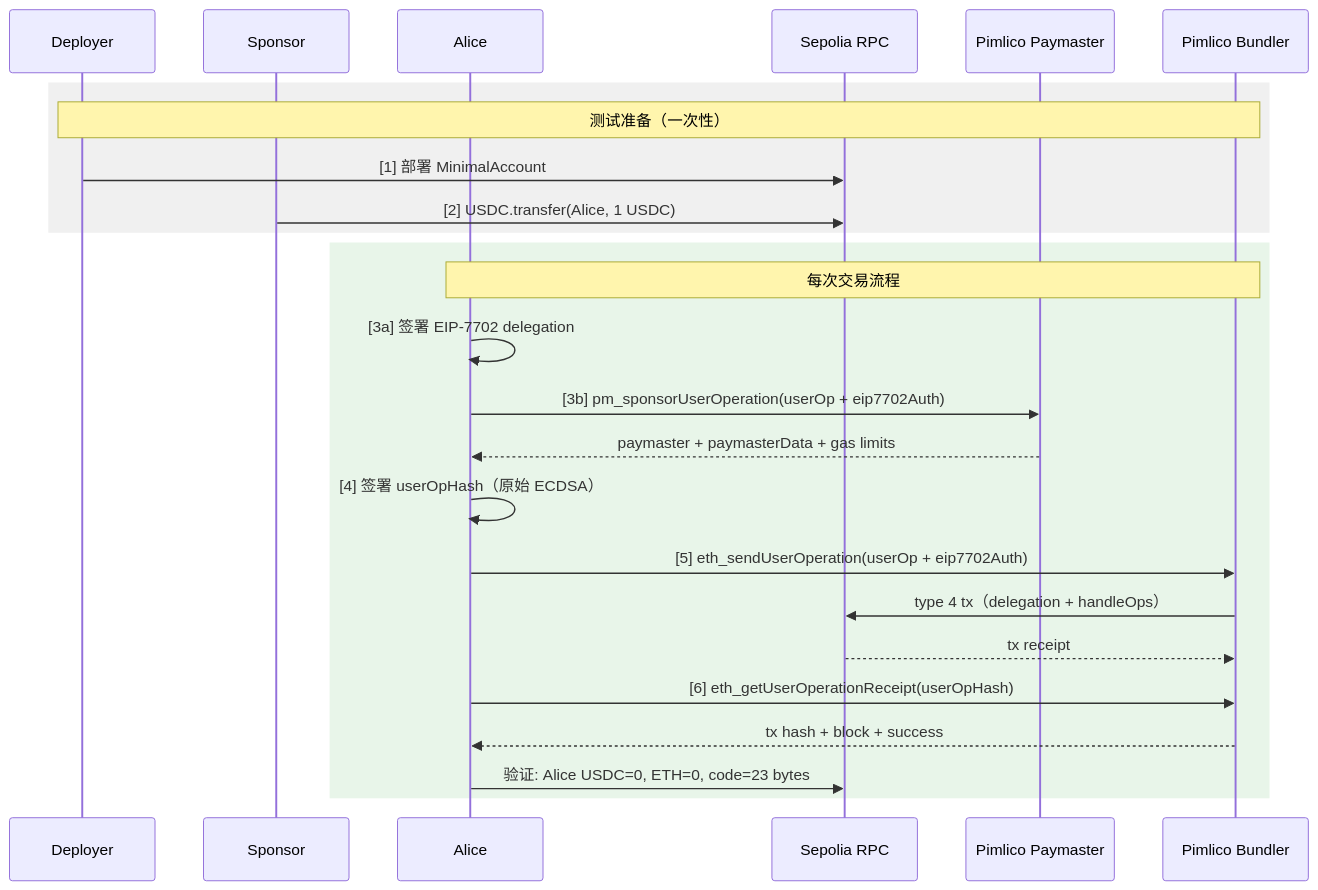
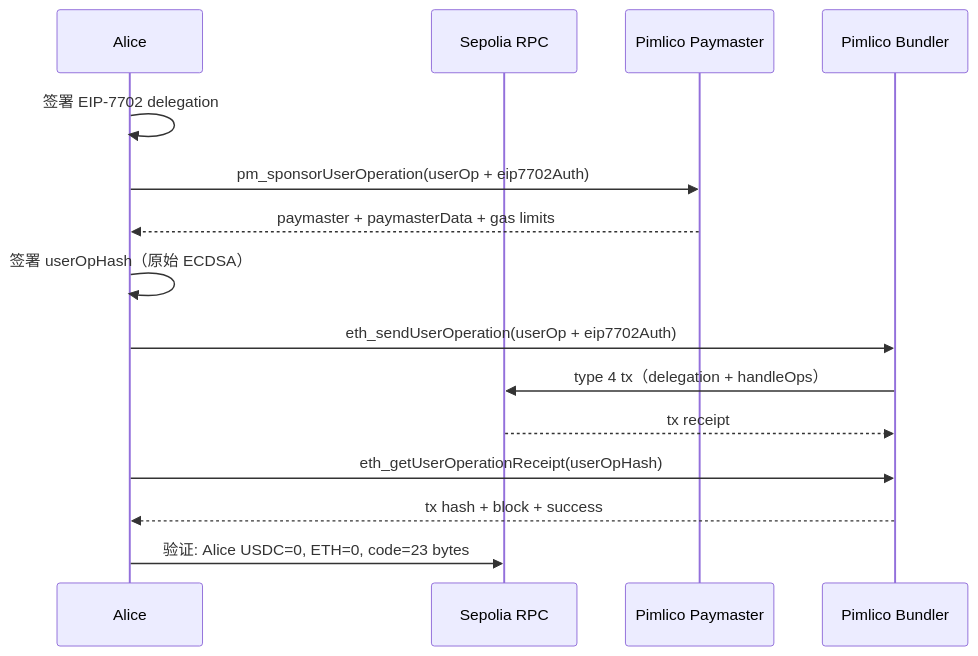
Before and after one commit to CoboTest/eip7702-minimal-account: the diagram in script/python/README_zh.md, drawn with Mermaid. The commit also changed 1 other file, not shown here.

Commit message:
docs: simplify sequence diagram — remove setup steps, focus on per-tx flow

````diff
--- a/script/python/README_zh.md
+++ b/script/python/README_zh.md
@@ -134,32 +134,21 @@
 ```mermaid
 sequenceDiagram
-    participant D as Deployer
-    participant S as Sponsor
     participant A as Alice
     participant RPC as Sepolia RPC
     participant PM as Pimlico Paymaster
     participant B as Pimlico Bundler
 
-    rect rgb(240, 240, 240)
-    Note over D,B: 测试准备（一次性）
-    D->>RPC: [1] 部署 MinimalAccount
-    S->>RPC: [2] USDC.transfer(Alice, 1 USDC)
-    end
-
-    rect rgb(232, 245, 233)
-    Note over A,B: 每次交易流程
-    A->>A: [3a] 签署 EIP-7702 delegation
-    A->>PM: [3b] pm_sponsorUserOperation(userOp + eip7702Auth)
+    A->>A: 签署 EIP-7702 delegation
+    A->>PM: pm_sponsorUserOperation(userOp + eip7702Auth)
     PM-->>A: paymaster + paymasterData + gas limits
 
-    A->>A: [4] 签署 userOpHash（原始 ECDSA）
+    A->>A: 签署 userOpHash（原始 ECDSA）
 
-    A->>B: [5] eth_sendUserOperation(userOp + eip7702Auth)
+    A->>B: eth_sendUserOperation(userOp + eip7702Auth)
     B->>RPC: type 4 tx（delegation + handleOps）
     RPC-->>B: tx receipt
 
-    A->>B: [6] eth_getUserOperationReceipt(userOpHash)
+    A->>B: eth_getUserOperationReceipt(userOpHash)
     B-->>A: tx hash + block + success
     A->>RPC: 验证: Alice USDC=0, ETH=0, code=23 bytes
-    end
 ```
````
